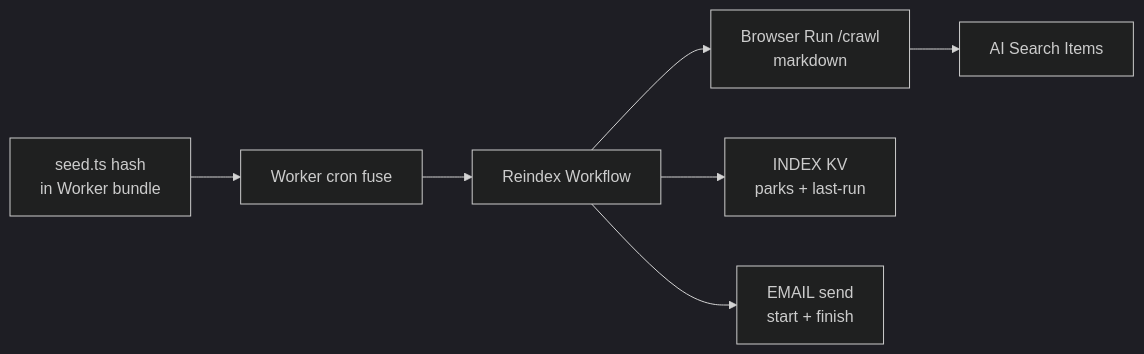
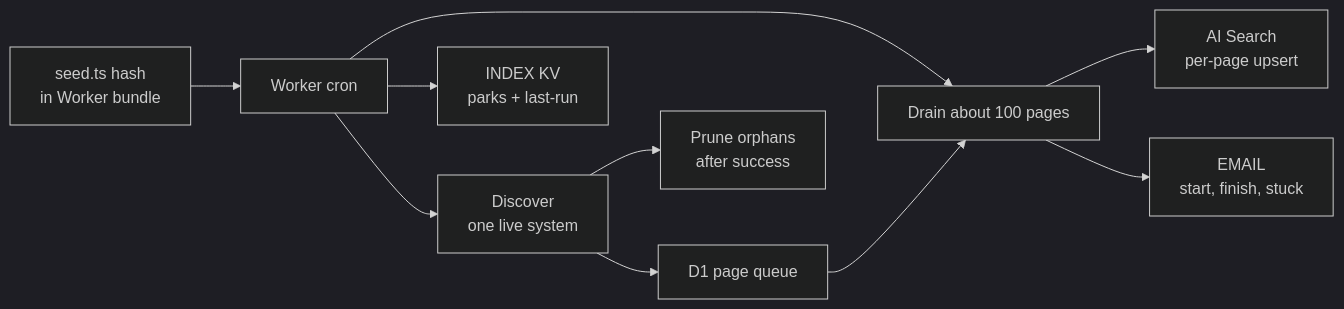
The first of 2 diagrams in docs/architecture.md (SiTaggart/design-guide), drawn with Mermaid (dark theme) before and after one commit. The commit also changed other lines of this file and 19 other files, not shown here.

Commit message:
Continuous fill indexing via a durable page queue (#15)

````diff
--- a/docs/architecture.md
+++ b/docs/architecture.md
@@ -7,9 +7,12 @@
 ```mermaid
 flowchart LR
-  seed["seed.ts hash\nin Worker bundle"] --> cron["Worker cron fuse"]
-  cron --> workflow["Reindex Workflow"]
-  workflow --> crawl["Browser Run /crawl\nmarkdown"]
-  crawl --> items["AI Search Items"]
-  workflow --> kv["INDEX KV\nparks + last-run"]
-  workflow --> mail["EMAIL send\nstart + finish"]
+  seed["seed.ts hash\nin Worker bundle"] --> cron["Worker cron"]
+  cron --> discover["Discover\none live system"]
+  discover --> queue["D1 page queue"]
+  discover --> prune["Prune orphans\nafter success"]
+  cron --> drain["Drain about 100 pages"]
+  queue --> drain
+  drain --> items["AI Search\nper-page upsert"]
+  cron --> kv["INDEX KV\nparks + last-run"]
+  drain --> mail["EMAIL\nstart, finish, stuck"]
 ```
````
